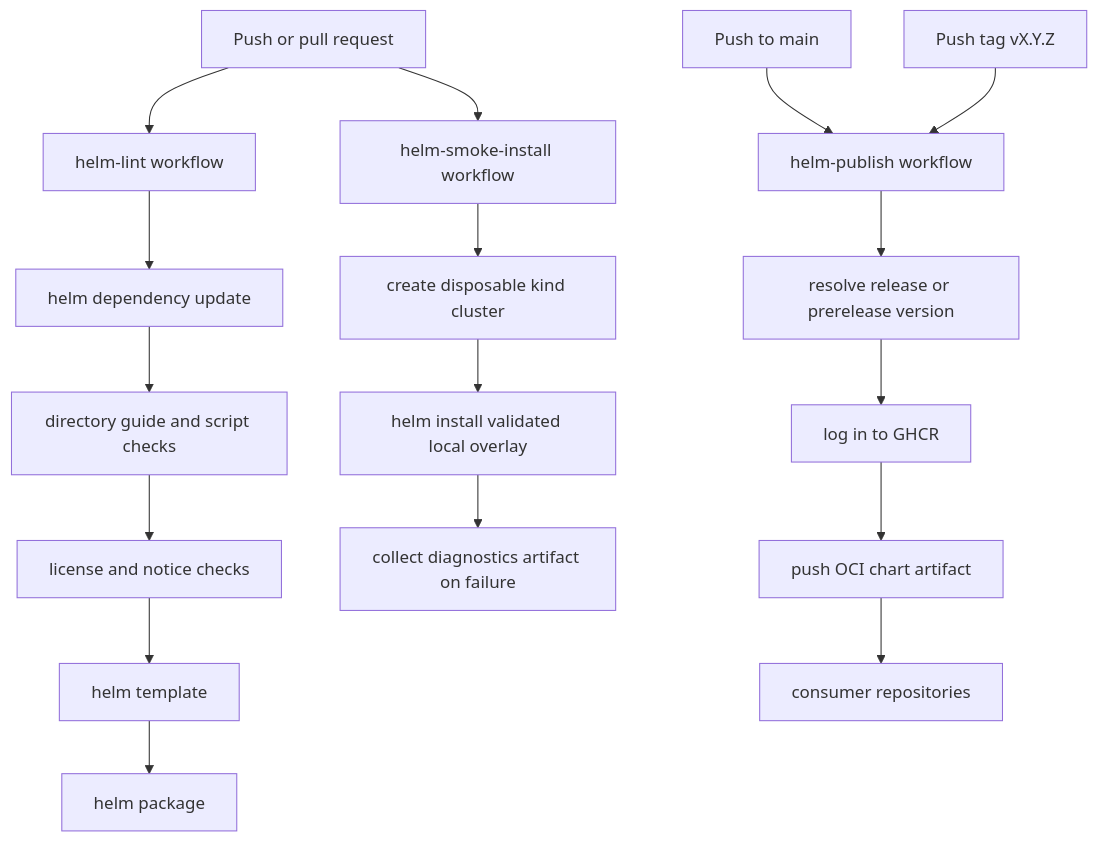
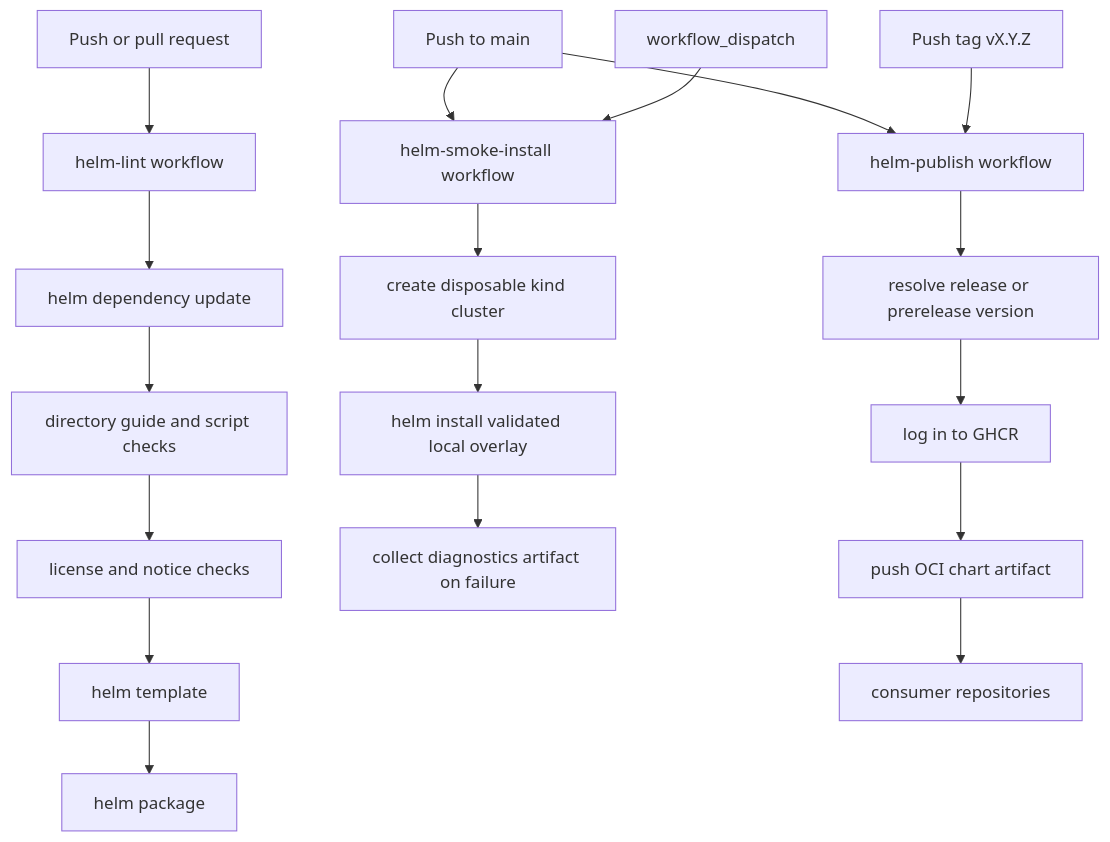
Before and after one commit to sanger-pathogens/dlh-in-a-box-umbrella-helm-chart: the diagram in .github/workflows/README.md, drawn with Mermaid. The commit also changed other lines of this file and 3 other files, not shown here.

Commit message:
Stabilize smoke install workflow

````diff
--- a/.github/workflows/README.md
+++ b/.github/workflows/README.md
@@ -15,20 +15,21 @@
 ```mermaid
 flowchart TD
   Push[Push or pull request] --> Lint[helm-lint workflow]
-  Push --> Smoke[helm-smoke-install workflow]
+  MainPush[Push to main] --> Smoke[helm-smoke-install workflow]
+  Manual[workflow_dispatch] --> Smoke
   Lint --> DependencyUpdate[helm dependency update]
   DependencyUpdate --> DocsChecks[directory guide and script checks]
   DocsChecks --> LicenseChecks[license and notice checks]
   LicenseChecks --> Render[helm template]
   Render --> Package[helm package]
   Smoke --> Kind[create disposable kind cluster]
   Kind --> Install[helm install validated local overlay]
   Install --> Diagnostics[collect diagnostics artifact on failure]
 
-  MainPush[Push to main] --> Publish[helm-publish workflow]
+  MainPush --> Publish[helm-publish workflow]
   TagPush[Push tag vX.Y.Z] --> Publish
   Publish --> ResolveVersion[resolve release or prerelease version]
   ResolveVersion --> GHCRLogin[log in to GHCR]
   GHCRLogin --> PushArtifact[push OCI chart artifact]
   PushArtifact --> ConsumerRepos[consumer repositories]
 ```
````
